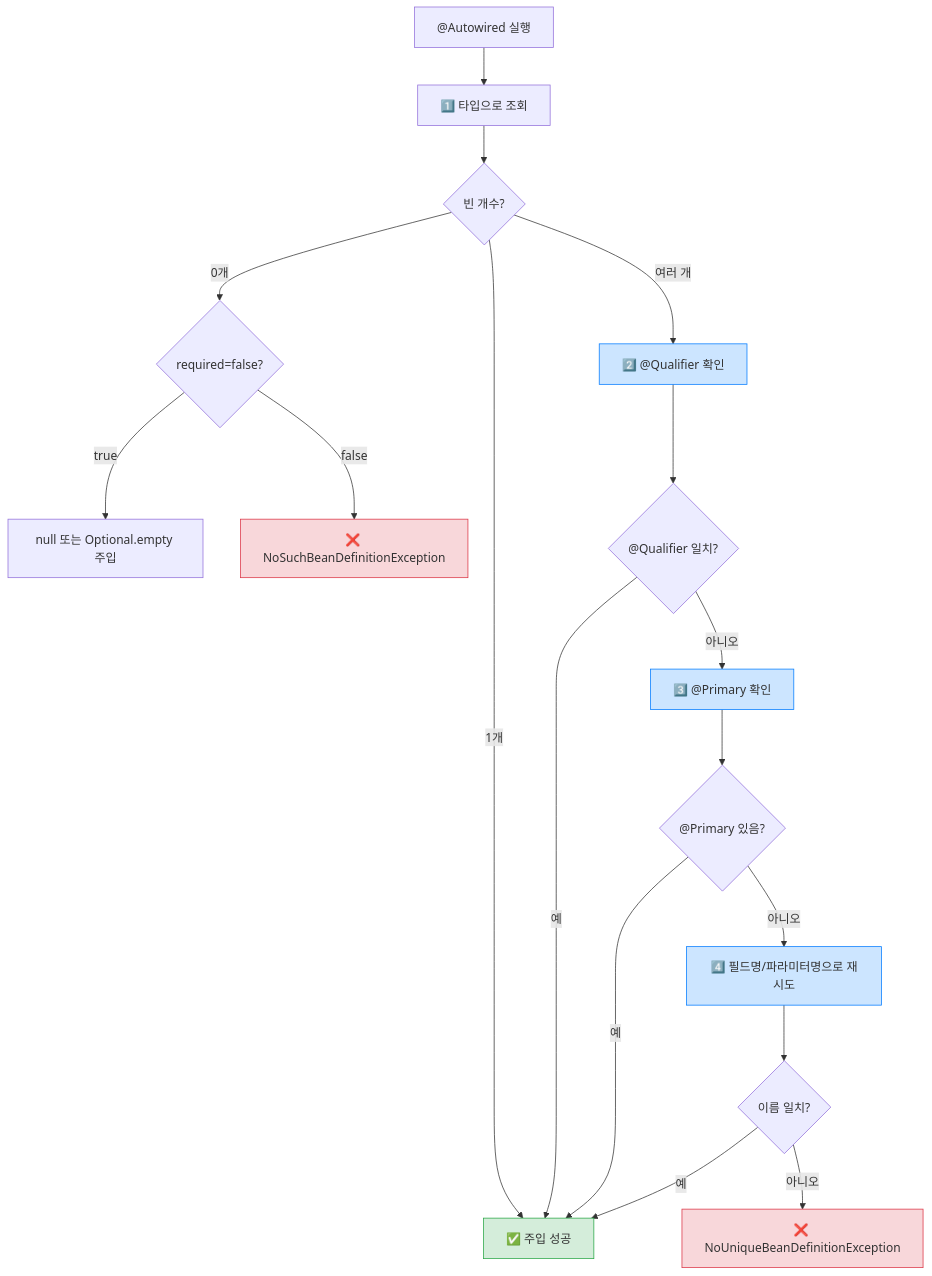
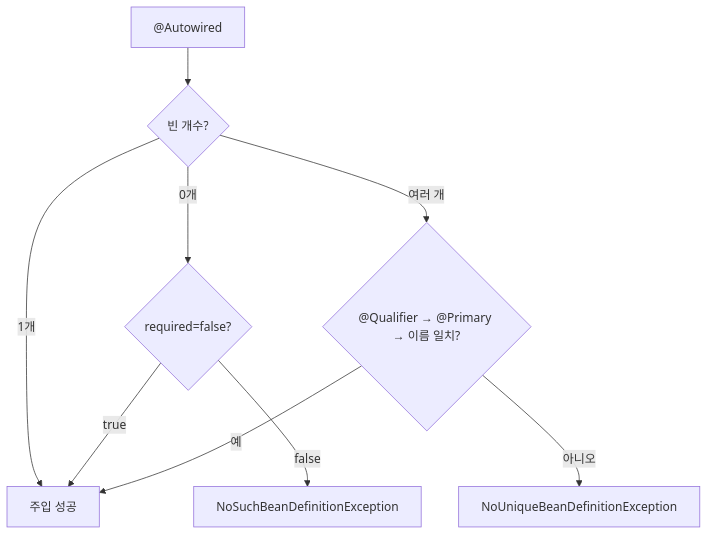
One commit to yjkim2015/yjkim2015.github.io changed the sixth of 13 diagrams in _posts/spring/2026-05-02-spring-core-basic.md. Above: the diagram before and after it, drawn with Mermaid. The commit also changed other lines of this file and 215 other files, not shown here.

First line of the commit message:
신규 포스트 10개 추가 + Mermaid 전면 축소 + SystemDesign 시리즈 보강

````diff
--- a/_posts/spring/2026-05-02-spring-core-basic.md
+++ b/_posts/spring/2026-05-02-spring-core-basic.md
@@ -431,26 +365,11 @@
 ```mermaid
 flowchart TD
-    A["@Autowired 실행"] --> B["1️⃣ 타입으로 조회"]
-    B --> C{"빈 개수?"}
-    C -->|"1개"| D["✅ 주입 성공"]
-    C -->|"0개"| E{"required=false?"}
-    E -->|"true"| F["null 또는 Optional.empty 주입"]
-    E -->|"false"| G["❌ NoSuchBeanDefinitionException"]
-    C -->|"여러 개"| H["2️⃣ @Qualifier 확인"]
-    H --> I{"@Qualifier 일치?"}
-    I -->|"예"| D
-    I -->|"아니오"| J["3️⃣ @Primary 확인"]
-    J --> K{"@Primary 있음?"}
-    K -->|"예"| D
-    K -->|"아니오"| L["4️⃣ 필드명/파라미터명으로 재시도"]
-    L --> M{"이름 일치?"}
-    M -->|"예"| D
-    M -->|"아니오"| N["❌ NoUniqueBeanDefinitionException"]
-
-    classDef green fill:#d4edda,stroke:#28a745
-    classDef red fill:#f8d7da,stroke:#dc3545
-    classDef blue fill:#cce5ff,stroke:#007bff
-    class D green
-    class G,N red
-    class H,J,L blue
+    A["@Autowired"] --> B{"빈 개수?"}
+    B -->|"1개"| D["주입 성공"]
+    B -->|"0개"| E{"required=false?"}
+    E -->|"true"| D
+    E -->|"false"| G["NoSuchBeanDefinitionException"]
+    B -->|"여러 개"| H{"@Qualifier → @Primary → 이름 일치?"}
+    H -->|"예"| D
+    H -->|"아니오"| K["NoUniqueBeanDefinitionException"]
 ```
````
